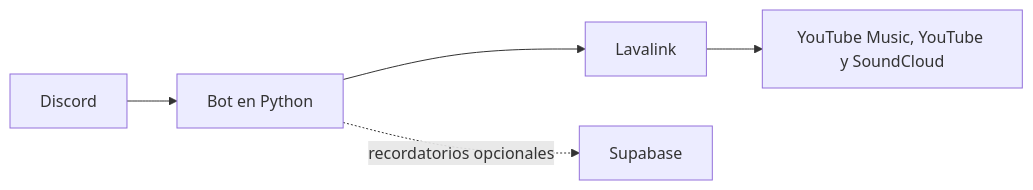
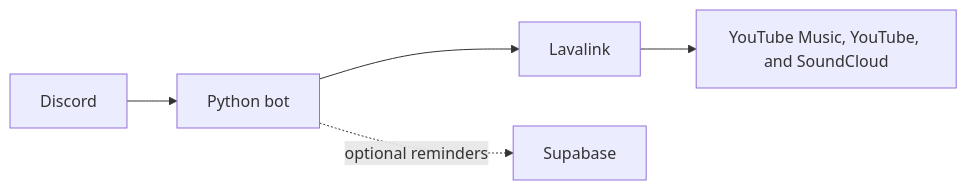
The diagram in README.md (Irenko85/ssj-bot), drawn with Mermaid before and after one commit. The commit also changed other lines of this file, not shown here.

Commit message:
Translate SSJ Bot README to English

````diff
--- a/README.md
+++ b/README.md
@@ -22,7 +22,7 @@
 ```mermaid
 flowchart LR
-    Discord["Discord"] --> Bot["Bot en Python"]
+    Discord["Discord"] --> Bot["Python bot"]
     Bot --> Lavalink["Lavalink"]
-    Lavalink --> Sources["YouTube Music, YouTube y SoundCloud"]
-    Bot -. "recordatorios opcionales" .-> Supabase["Supabase"]
+    Lavalink --> Sources["YouTube Music, YouTube, and SoundCloud"]
+    Bot -. "optional reminders" .-> Supabase["Supabase"]
 ```
````
